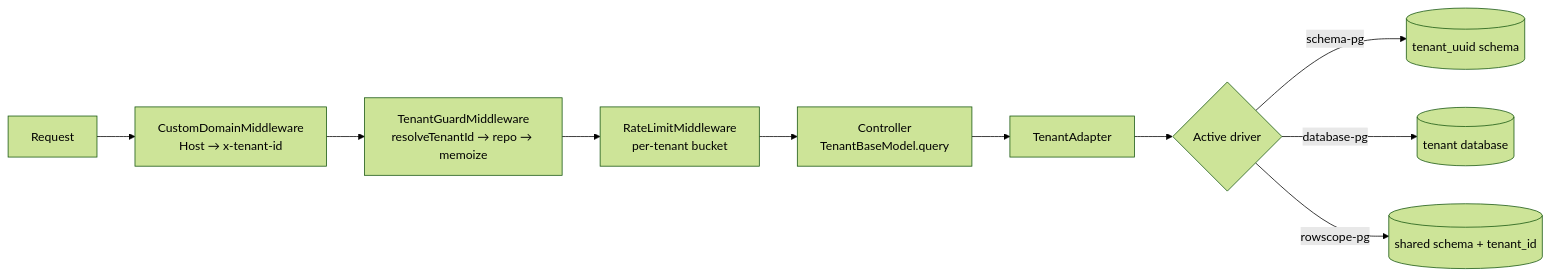
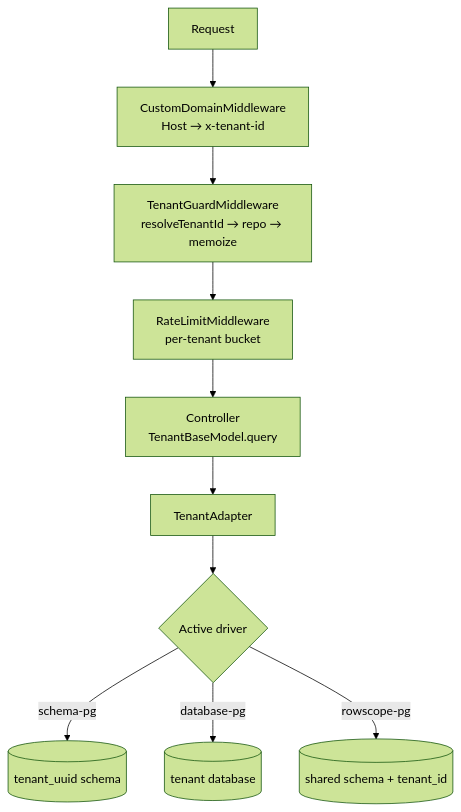
One commit to Arcoders/Adonisjs-lasagna-saas-tenancy changed the second of 2 diagrams in docs/docs/concepts.md. Above: the diagram before and after it, drawn with Mermaid (forest theme). The commit also changed other lines of this file and 16 other files, not shown here.

````diff
--- a/docs/docs/concepts.md
+++ b/docs/docs/concepts.md
@@ -72,12 +72,12 @@
 ```mermaid
-flowchart LR
+flowchart TB
   R[Request] --> CD[CustomDomainMiddleware<br/>Host → x-tenant-id]
   CD --> TG[TenantGuardMiddleware<br/>resolveTenantId → repo → memoize]
   TG --> RL[RateLimitMiddleware<br/>per-tenant bucket]
   RL --> C[Controller<br/>TenantBaseModel.query]
   C --> A[TenantAdapter]
   A --> D{Active driver}
   D -->|schema-pg| S[(tenant_uuid schema)]
   D -->|database-pg| DB[(tenant database)]
   D -->|rowscope-pg| RS[(shared schema + tenant_id)]
 ```
````
